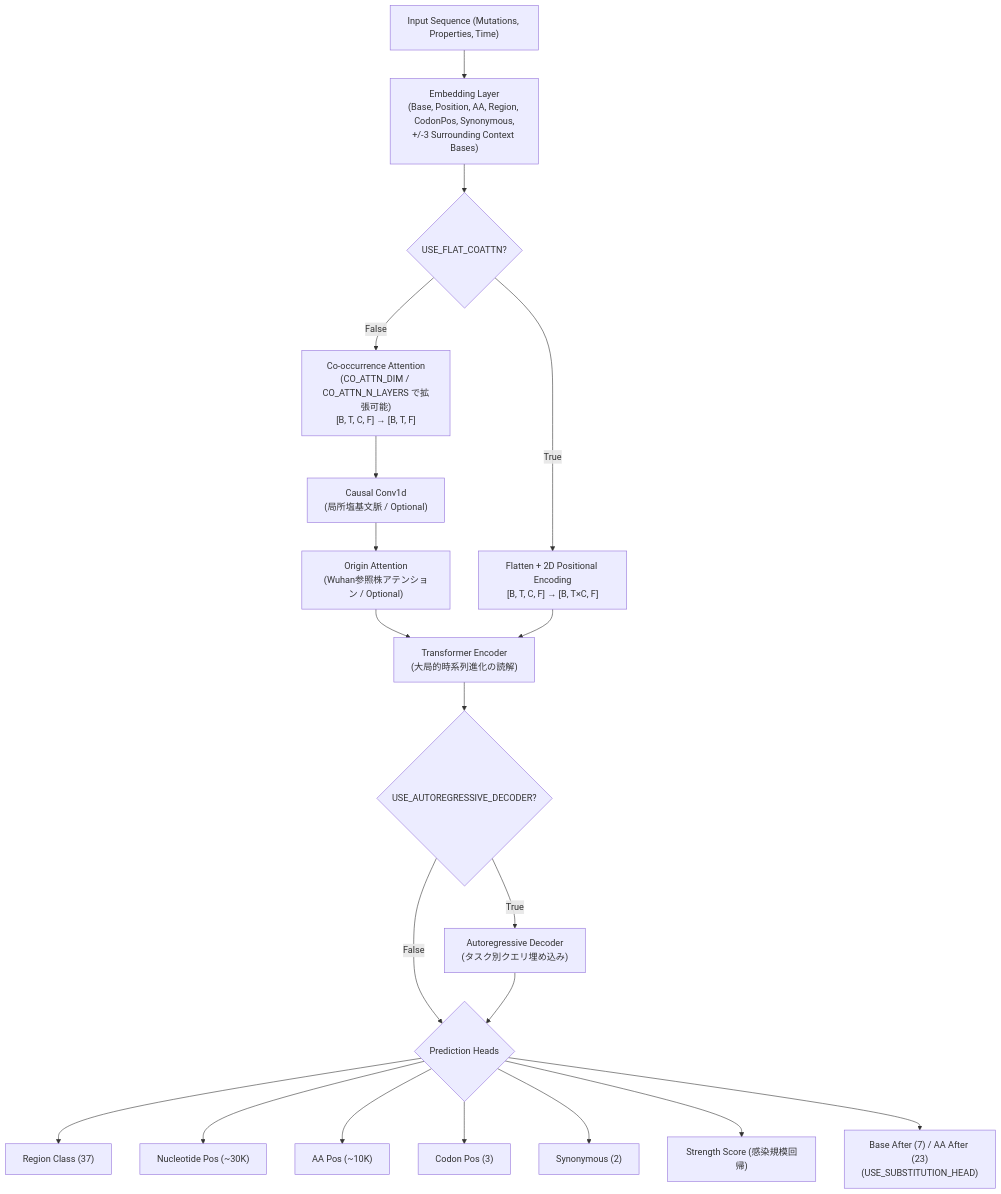
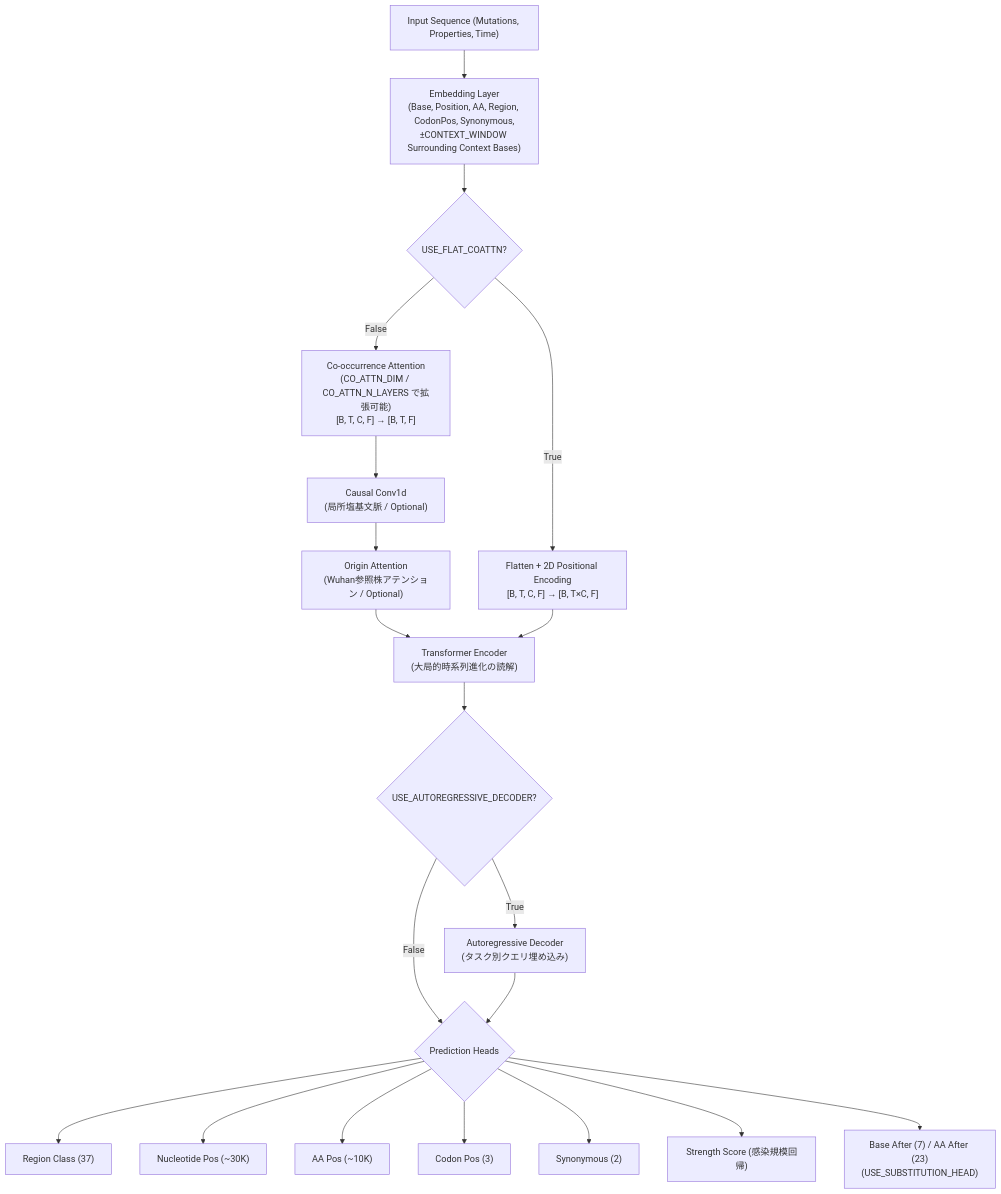
Before and after one commit to take4ff/gmp: the diagram in README.md, drawn with Mermaid. The commit also changed other lines of this file and 7 other files, not shown here.

````diff
--- a/README.md
+++ b/README.md
@@ -34,27 +56,27 @@
 ```mermaid
 graph TD
-    Input["Input Sequence (Mutations, Properties, Time)"] --> Embed["Embedding Layer\n(Base, Position, AA, Region, CodonPos, Synonymous,\n+/-3 Surrounding Context Bases)"]
+    Input["Input Sequence (Mutations, Properties, Time)"] --> Embed["Embedding Layer\n(Base, Position, AA, Region, CodonPos, Synonymous,\n±CONTEXT_WINDOW Surrounding Context Bases)"]
 
     Embed --> FlatSwitch{USE_FLAT_COATTN?}
     FlatSwitch -->|False| CoAttn["Co-occurrence Attention\n(CO_ATTN_DIM / CO_ATTN_N_LAYERS で拡張可能)\n[B, T, C, F] → [B, T, F]"]
     FlatSwitch -->|True| FlatSeq["Flatten + 2D Positional Encoding\n[B, T, C, F] → [B, T×C, F]"]
 
     CoAttn --> Conv["Causal Conv1d\n(局所塩基文脈 / Optional)"]
     Conv --> OriAttn["Origin Attention\n(Wuhan参照株アテンション / Optional)"]
     OriAttn --> Transformer
 
     FlatSeq --> Transformer["Transformer Encoder\n(大局的時系列進化の読解)"]
 
     Transformer --> ARSwitch{USE_AUTOREGRESSIVE_DECODER?}
     ARSwitch -->|False| Heads{"Prediction Heads"}
     ARSwitch -->|True| ARDec["Autoregressive Decoder\n(タスク別クエリ埋め込み)"]
     ARDec --> Heads
 
     Heads --> Out1["Region Class (37)"]
     Heads --> Out2["Nucleotide Pos (~30K)"]
     Heads --> Out3["AA Pos (~10K)"]
     Heads --> Out4["Codon Pos (3)"]
     Heads --> Out5["Synonymous (2)"]
     Heads --> Out6["Strength Score (感染規模回帰)"]
     Heads --> Out7["Base After (7) / AA After (23)\n(USE_SUBSTITUTION_HEAD)"]
 ```
````
